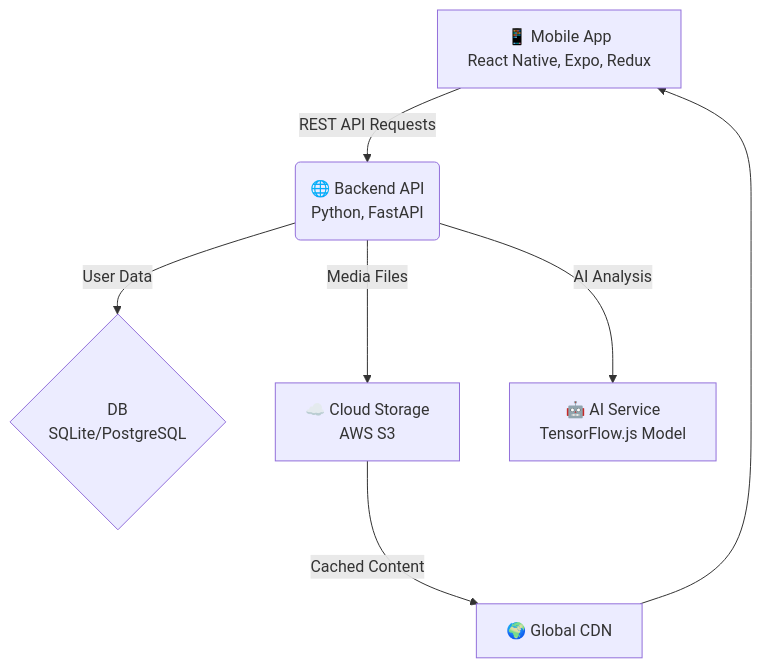
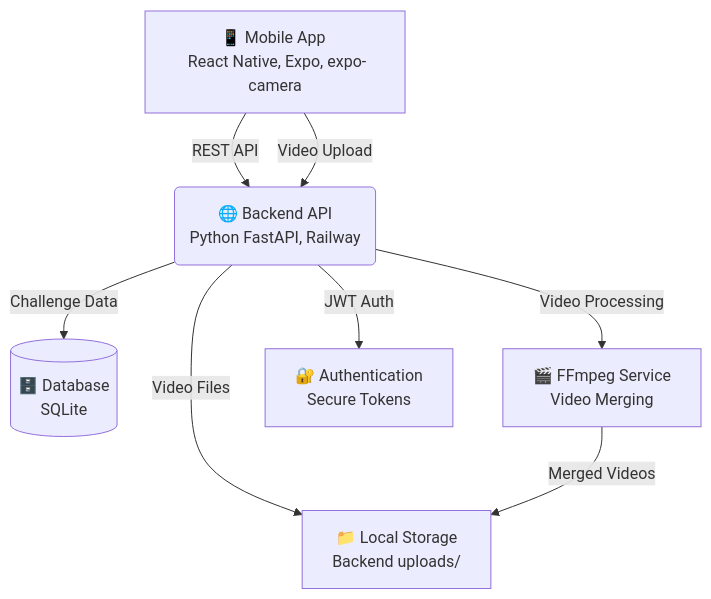
The diagram in README.md (kingkw1/2Truths-1Lie), drawn with Mermaid before and after one commit. The commit also changed other lines of this file and 1 other file, not shown here.

`````diff
--- a/README.md
+++ b/README.md
@@ -60,9 +61,10 @@
 ```mermaid
 graph TD
-    A[📱 Mobile App <br> React Native, Expo, Redux] -->|REST API Requests| B(🌐 Backend API <br> Python, FastAPI);
-    B -->|User Data| C{DB <br> SQLite/PostgreSQL};
-    B -->|Media Files| D[☁️ Cloud Storage <br> AWS S3];
-    B -->|AI Analysis| E[🤖 AI Service <br> TensorFlow.js Model];
-    D -->|Cached Content| F[🌍 Global CDN];
-    F --> A;
+    A[📱 Mobile App <br> React Native, Expo, expo-camera] -->|REST API| B(🌐 Backend API <br> Python FastAPI, Railway);
+    B -->|Challenge Data| C[(🗄️ Database <br> SQLite)];
+    B -->|Video Files| D[📁 Local Storage <br> Backend uploads/];
+    B -->|Video Processing| E[🎬 FFmpeg Service <br> Video Merging];
+    A -->|Video Upload| B;
+    E -->|Merged Videos| D;
+    B -->|JWT Auth| F[🔐 Authentication <br> Secure Tokens];
 ````
`````
